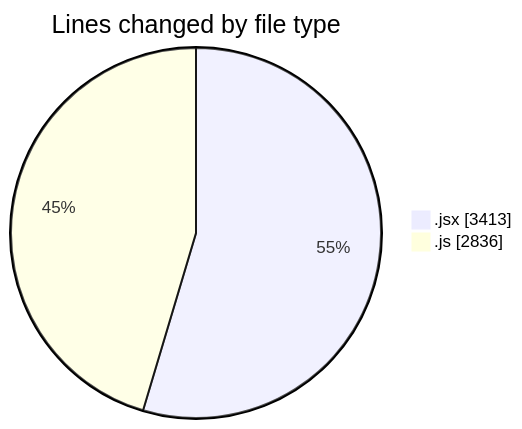
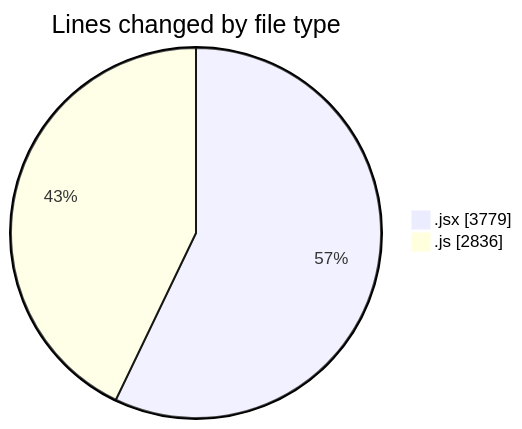
Before and after one commit to nxtqubesakshisongat/code-tracking: the first of 2 diagrams in 2025-09-23/nxtqube_webapp/README.md, drawn with Mermaid. The commit also changed other lines of this file and 1 other file, not shown here.

````diff
--- a/2025-09-23/nxtqube_webapp/README.md
+++ b/2025-09-23/nxtqube_webapp/README.md
@@ -23,6 +23,6 @@
 ```mermaid
 pie showData
 title Lines changed by file type
-".jsx" : 3413
+".jsx" : 3779
 ".js" : 2836
 ```
````
